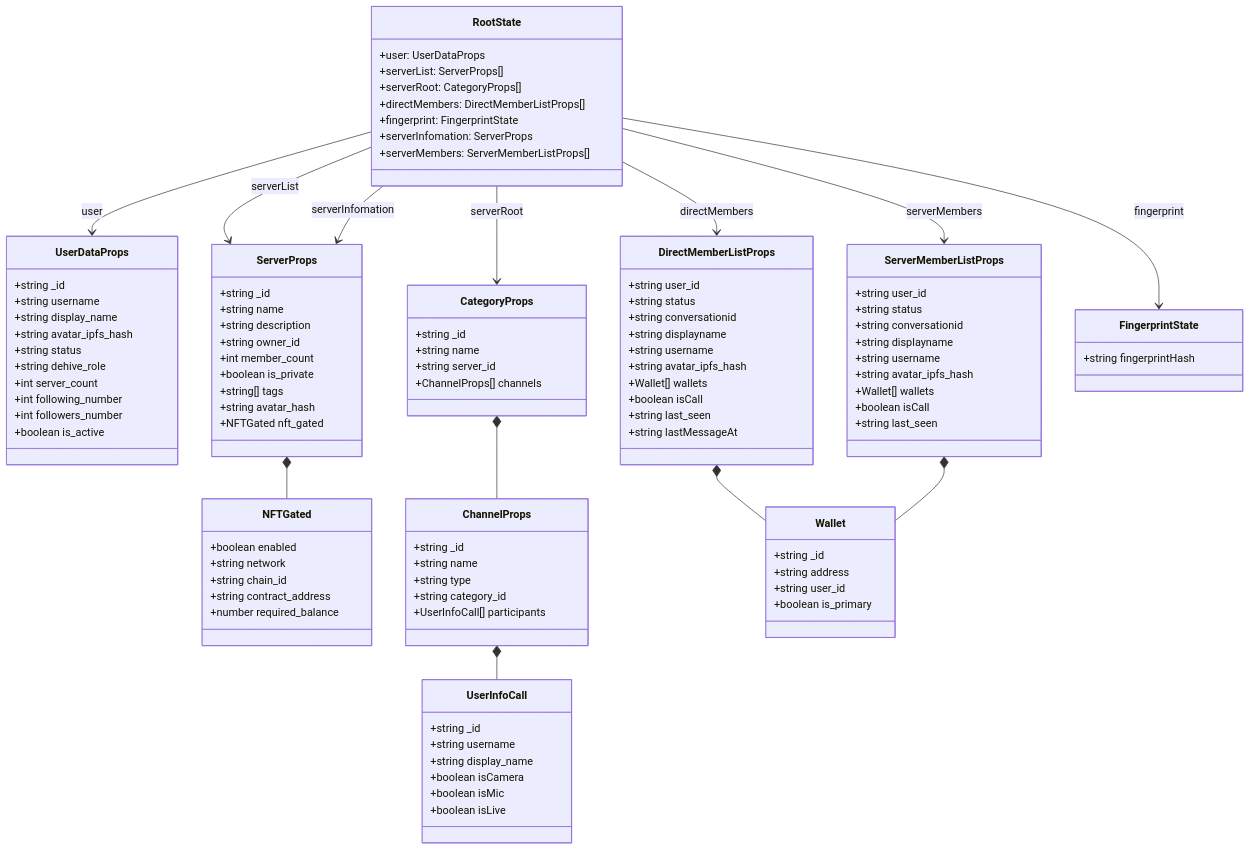
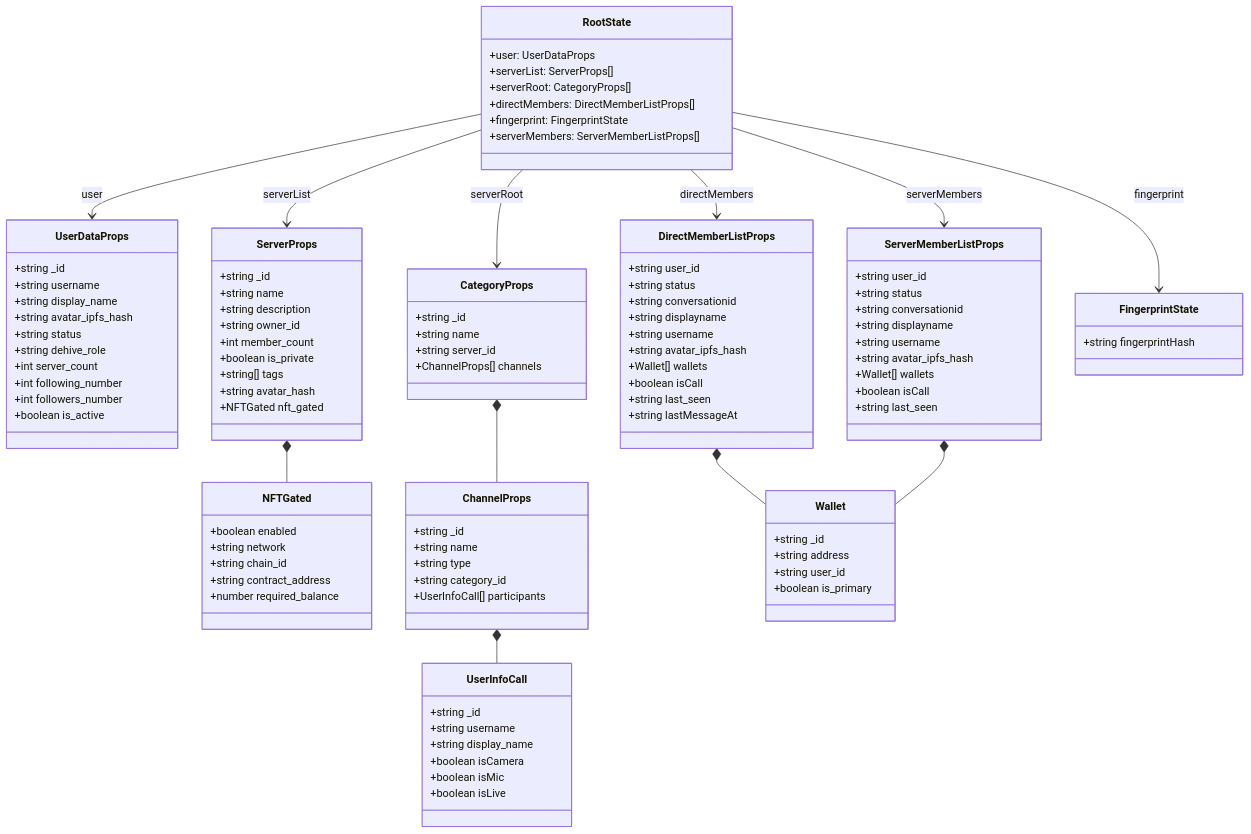
Before and after one commit to Decode-Labs-Web3/dehive-frontend: the diagram in docs/redux_diagram.md, drawn with Mermaid. The commit also changed 5 other files, not shown here.

Commit message:
document: diagram

```diff
--- a/docs/redux_diagram.md
+++ b/docs/redux_diagram.md
@@ -10,7 +10,6 @@
         +serverRoot: CategoryProps[]
         +directMembers: DirectMemberListProps[]
         +fingerprint: FingerprintState
-        +serverInfomation: ServerProps
         +serverMembers: ServerMemberListProps[]
     }
 
@@ -112,7 +111,6 @@
     RootState --> CategoryProps : serverRoot
     RootState --> DirectMemberListProps : directMembers
     RootState --> FingerprintState : fingerprint
-    RootState --> ServerProps : serverInfomation
     RootState --> ServerMemberListProps : serverMembers
 
     ServerProps *-- NFTGated
```
